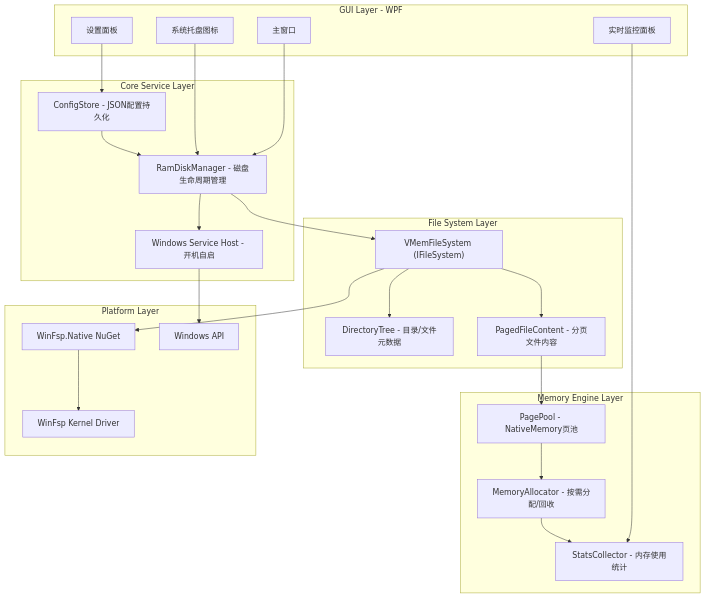
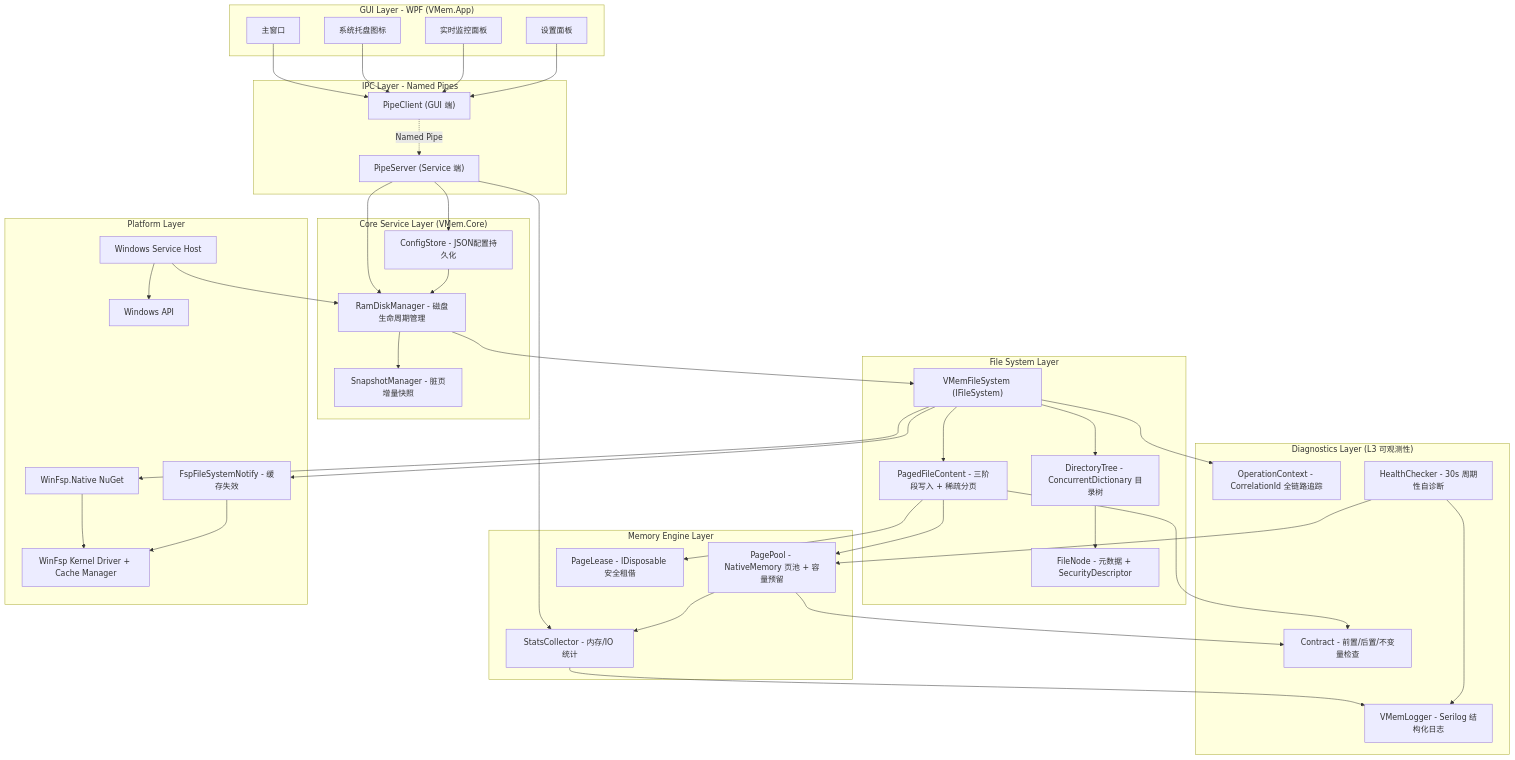
The diagram in docs/vmem_ram_disk_design_031231c8.plan.md (sunbo008/vmem), drawn with Mermaid before and after one commit. The commit also changed other lines of this file and 8 other files, not shown here.

````diff
--- a/docs/vmem_ram_disk_design_031231c8.plan.md
+++ b/docs/vmem_ram_disk_design_031231c8.plan.md
@@ -82,52 +98,83 @@
 ```mermaid
 graph TB
-    subgraph UserInterface [GUI Layer - WPF]
+    subgraph UserInterface ["GUI Layer - WPF (VMem.App)"]
         MainWindow[主窗口]
         TrayIcon[系统托盘图标]
         Settings[设置面板]
         Monitor[实时监控面板]
     end
 
-    subgraph CoreService [Core Service Layer]
+    subgraph IPC ["IPC Layer - Named Pipes"]
+        PipeServer["PipeServer (Service 端)"]
+        PipeClient["PipeClient (GUI 端)"]
+    end
+
+    subgraph CoreService ["Core Service Layer (VMem.Core)"]
         RamDiskManager[RamDiskManager - 磁盘生命周期管理]
         ConfigStore[ConfigStore - JSON配置持久化]
-        WinServiceHost[Windows Service Host - 开机自启]
+        SnapshotManager[SnapshotManager - 脏页增量快照]
     end
 
-    subgraph FileSystem [File System Layer]
+    subgraph FileSystem ["File System Layer"]
         VMemFileSystem["VMemFileSystem (IFileSystem)"]
-        DirectoryTree[DirectoryTree - 目录/文件元数据]
-        PagedFileContent[PagedFileContent - 分页文件内容]
+        DirectoryTree["DirectoryTree - ConcurrentDictionary 目录树"]
+        FileNode["FileNode - 元数据 + SecurityDescriptor"]
+        PagedFileContent[PagedFileContent - 三阶段写入 + 稀疏分页]
     end
 
-    subgraph MemoryEngine [Memory Engine Layer]
-        PagePool[PagePool - NativeMemory页池]
-        MemoryAllocator[MemoryAllocator - 按需分配/回收]
-        StatsCollector[StatsCollector - 内存使用统计]
+    subgraph Diagnostics ["Diagnostics Layer (L3 可观测性)"]
+        VMemLogger["VMemLogger - Serilog 结构化日志"]
+        OpContext["OperationContext - CorrelationId 全链路追踪"]
+        ContractCheck["Contract - 前置/后置/不变量检查"]
+        HealthCheck["HealthChecker - 30s 周期性自诊断"]
+    end
+
+    subgraph MemoryEngine ["Memory Engine Layer"]
+        PagePool["PagePool - NativeMemory 页池 + 容量预留"]
+        PageLease["PageLease - IDisposable 安全租借"]
+        StatsCollector[StatsCollector - 内存/IO 统计]
     end
 
     subgraph Platform [Platform Layer]
-        WinFsp[WinFsp Kernel Driver]
+        WinFsp[WinFsp Kernel Driver + Cache Manager]
         WinFspNative["WinFsp.Native NuGet"]
+        FspNotify["FspFileSystemNotify - 缓存失效"]
         WindowsAPI[Windows API]
+        WinServiceHost["Windows Service Host"]
     end
 
-    MainWindow --> RamDiskManager
-    TrayIcon --> RamDiskManager
-    Monitor --> StatsCollector
-    Settings --> ConfigStore
+    MainWindow --> PipeClient
+    TrayIcon --> PipeClient
+    Monitor --> PipeClient
+    Settings --> PipeClient
+
+    PipeClient -.->|Named Pipe| PipeServer
+    PipeServer --> RamDiskManager
+    PipeServer --> StatsCollector
+    PipeServer --> ConfigStore
 
     RamDiskManager --> VMemFileSystem
-    RamDiskManager --> WinServiceHost
+    RamDiskManager --> SnapshotManager
     ConfigStore --> RamDiskManager
 
     VMemFileSystem --> DirectoryTree
+    DirectoryTree --> FileNode
     VMemFileSystem --> PagedFileContent
     PagedFileContent --> PagePool
-    PagePool --> MemoryAllocator
-    MemoryAllocator --> StatsCollector
+    PagedFileContent --> PageLease
+    PagePool --> StatsCollector
+
+    VMemFileSystem --> OpContext
+    PagePool --> ContractCheck
+    PagedFileContent --> ContractCheck
+    StatsCollector --> VMemLogger
+    HealthCheck --> PagePool
+    HealthCheck --> VMemLogger
 
     VMemFileSystem --> WinFspNative
+    VMemFileSystem --> FspNotify
     WinFspNative --> WinFsp
+    FspNotify --> WinFsp
+    WinServiceHost --> RamDiskManager
     WinServiceHost --> WindowsAPI
 ```
````
